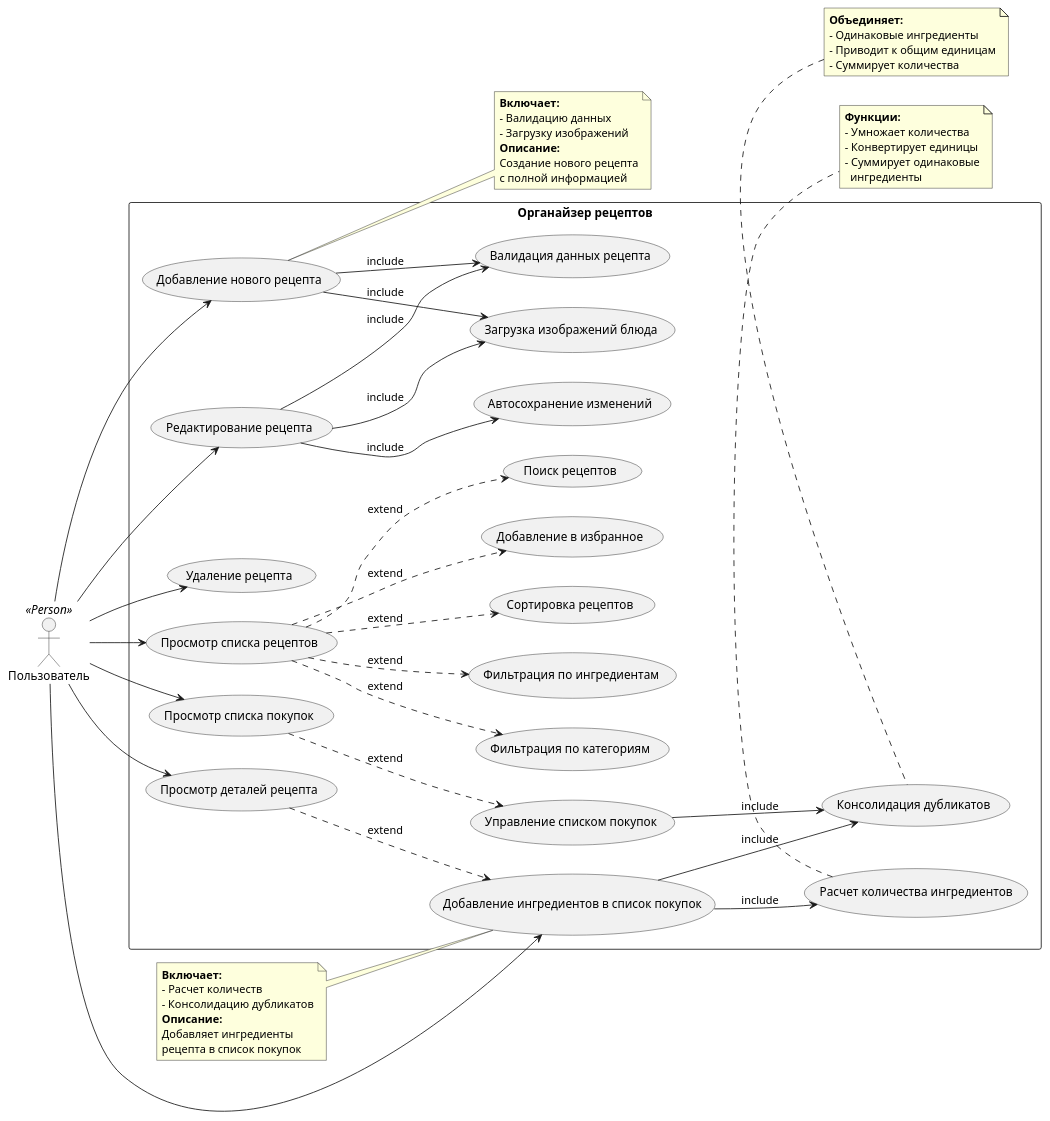
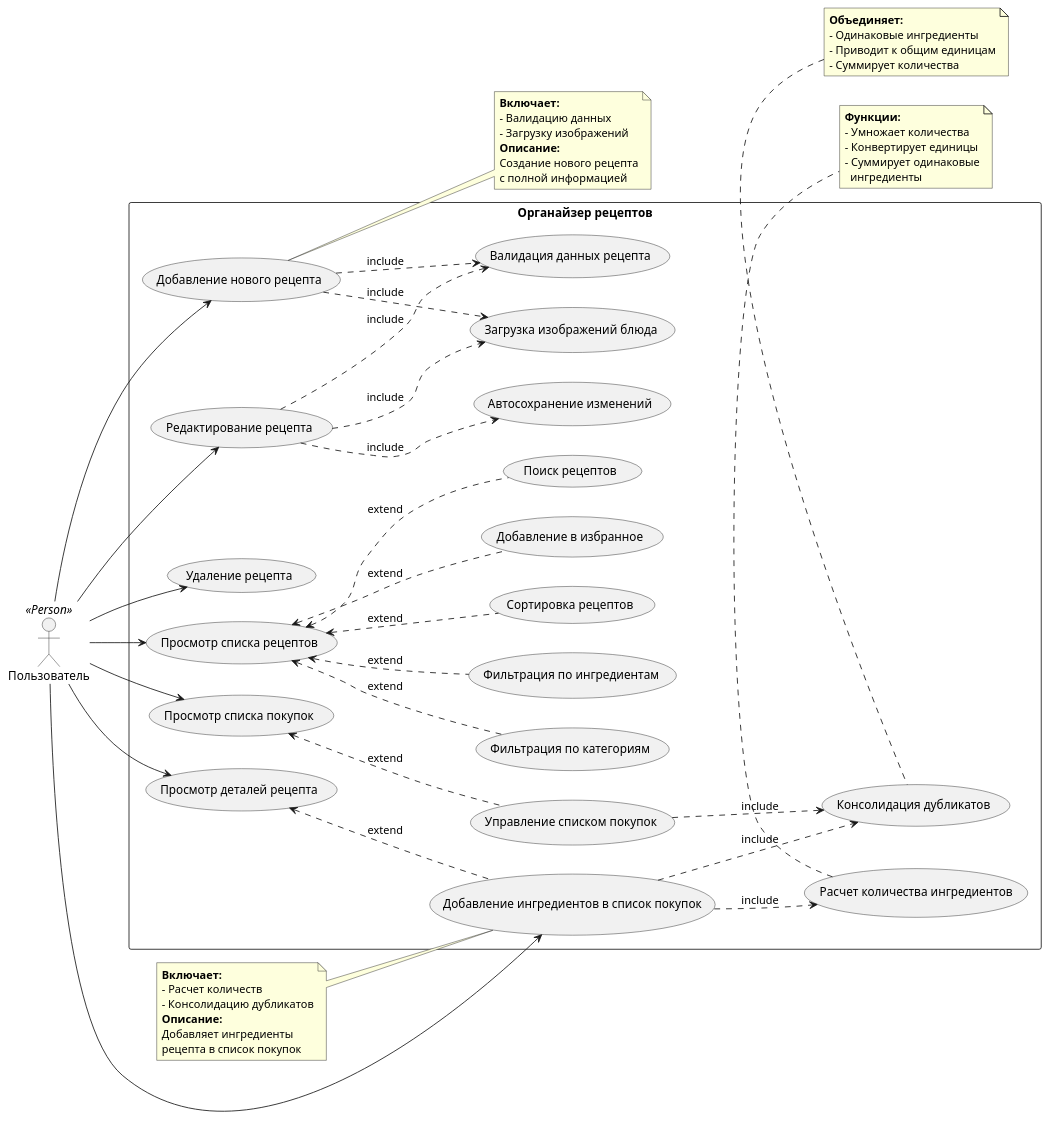
Before and after one commit to ValeriaG311/recipe_organizer_srs: the diagram in docs/use_case/use_case_diagram.puml, drawn with PlantUML.

```diff
--- a/docs/use_case/use_case_diagram.puml
+++ b/docs/use_case/use_case_diagram.puml
@@ -1,92 +1,92 @@
 @startuml
 left to right direction
 
 actor "Пользователь" as User <<Person>>
 
 rectangle "Органайзер рецептов" {
   (Добавление нового рецепта) as AddRecipe
   (Редактирование рецепта) as EditRecipe
   (Удаление рецепта) as DeleteRecipe
   (Просмотр списка рецептов) as ViewRecipes
   (Просмотр деталей рецепта) as ViewRecipeDetails
   
   (Валидация данных рецепта) as ValidateData
   (Загрузка изображений блюда) as UploadImages
   (Автосохранение изменений) as AutoSave
   (Поиск рецептов) as SearchRecipes
   (Фильтрация по категориям) as FilterByCategory
   (Фильтрация по ингредиентам) as FilterByIngredients
   (Сортировка рецептов) as SortRecipes
   (Добавление в избранное) as AddToFavorites
   
   (Добавление ингредиентов в список покупок) as AddToShoppingList
   (Просмотр списка покупок) as ViewShoppingList
   (Управление списком покупок) as ManageShoppingList
   (Расчет количества ингредиентов) as CalculateQuantities
   (Консолидация дубликатов) as ConsolidateDuplicates
   
   ' Include relationships (сплошные линии с стрелкой)
-  AddRecipe --> ValidateData : include
-  AddRecipe --> UploadImages : include
-  EditRecipe --> ValidateData : include
-  EditRecipe --> UploadImages : include
-  EditRecipe --> AutoSave : include
+  AddRecipe ..> ValidateData : include
+  AddRecipe ..> UploadImages : include
+  EditRecipe ..> ValidateData : include
+  EditRecipe ..> UploadImages : include
+  EditRecipe ..> AutoSave : include
   
-  AddToShoppingList --> CalculateQuantities : include
-  AddToShoppingList --> ConsolidateDuplicates : include
-  ManageShoppingList --> ConsolidateDuplicates : include
+  AddToShoppingList ..> CalculateQuantities : include
+  AddToShoppingList ..> ConsolidateDuplicates : include
+  ManageShoppingList ..> ConsolidateDuplicates : include
   
   ' Extend relationships (пунктирные линии со стрелкой)
-  ViewRecipes ..> SearchRecipes : extend
-  ViewRecipes ..> FilterByCategory : extend
-  ViewRecipes ..> FilterByIngredients : extend
-  ViewRecipes ..> SortRecipes : extend
-  ViewRecipes ..> AddToFavorites : extend
+  ViewRecipes <.. SearchRecipes : extend
+  ViewRecipes <.. FilterByCategory : extend
+  ViewRecipes <.. FilterByIngredients : extend
+  ViewRecipes <.. SortRecipes : extend
+  ViewRecipes <.. AddToFavorites : extend
   
-  ViewRecipeDetails ..> AddToShoppingList : extend
-  ViewShoppingList ..> ManageShoppingList : extend
+  ViewRecipeDetails <.. AddToShoppingList : extend
+  ViewShoppingList <.. ManageShoppingList : extend
 }
 
 ' Actor connections
 User --> AddRecipe
 User --> EditRecipe
 User --> DeleteRecipe
 User --> ViewRecipes
 User --> ViewRecipeDetails
 User --> ViewShoppingList
 User --> AddToShoppingList
 
 note right of AddRecipe
   **Включает:**
   - Валидацию данных
   - Загрузку изображений
   **Описание:**
   Создание нового рецепта
   с полной информацией
 end note
 
 note left of AddToShoppingList
   **Включает:**
   - Расчет количеств
   - Консолидацию дубликатов
   **Описание:**
   Добавляет ингредиенты
   рецепта в список покупок
 end note
 
 note bottom of CalculateQuantities
   **Функции:**
   - Умножает количества
   - Конвертирует единицы
   - Суммирует одинаковые
     ингредиенты
 end note
 
 note top of ConsolidateDuplicates
   **Объединяет:**
   - Одинаковые ингредиенты
   - Приводит к общим единицам
   - Суммирует количества
 end note
 
 @enduml
```
